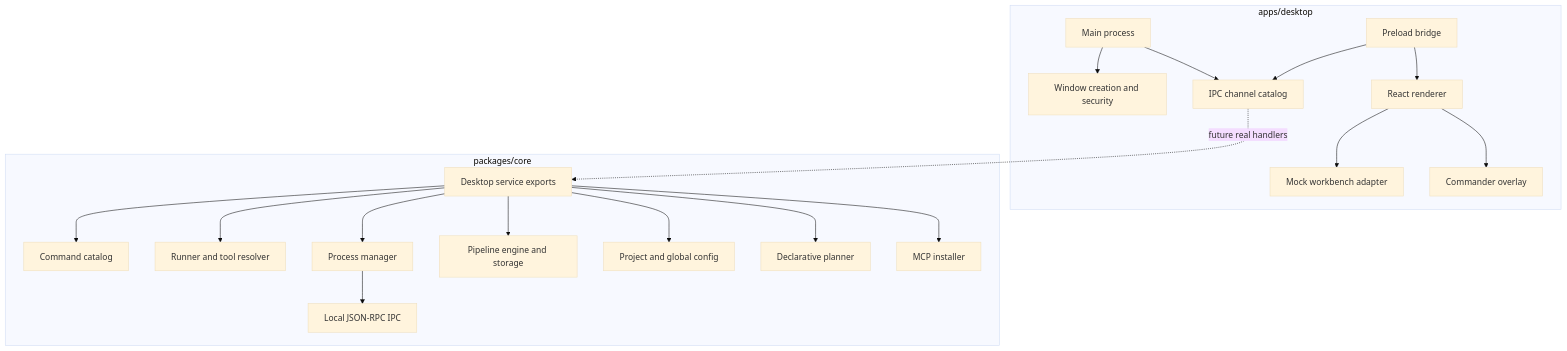
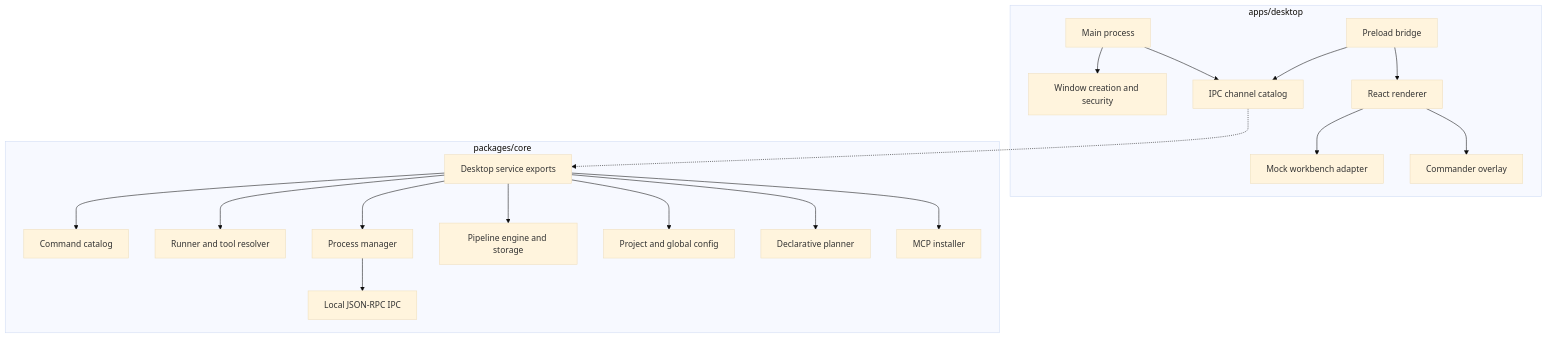
The diagram in docs/architecture.md (rckbrcls/polter), drawn with Mermaid (base theme) before and after one commit. The commit also changed 1 other file, not shown here.

Commit message:
Document Polter architecture and setup

````diff
--- a/docs/architecture.md
+++ b/docs/architecture.md
@@ -108,40 +108,40 @@
 ```mermaid
 flowchart TB
   subgraph Electron["apps/desktop"]
     Main["Main process"]
     Window["Window creation and security"]
     Preload["Preload bridge"]
     SharedIPC["IPC channel catalog"]
     Renderer["React renderer"]
     Mock["Mock workbench adapter"]
     Commander["Commander overlay"]
   end
 
   subgraph Core["packages/core"]
     Catalog["Command catalog"]
     Runner["Runner and tool resolver"]
     ProcessManager["Process manager"]
     JsonRpc["Local JSON-RPC IPC"]
     Pipelines["Pipeline engine and storage"]
     Config["Project and global config"]
     Declarative["Declarative planner"]
     Mcp["MCP installer"]
     DesktopService["Desktop service exports"]
   end
 
   Main --> Window
   Main --> SharedIPC
   Preload --> SharedIPC
   Preload --> Renderer
   Renderer --> Mock
   Renderer --> Commander
-  SharedIPC -. future real handlers .-> DesktopService
+  SharedIPC -.-> DesktopService
   DesktopService --> Catalog
   DesktopService --> Runner
   DesktopService --> ProcessManager
   DesktopService --> Pipelines
   DesktopService --> Config
   DesktopService --> Declarative
   DesktopService --> Mcp
   ProcessManager --> JsonRpc
 ```
````
